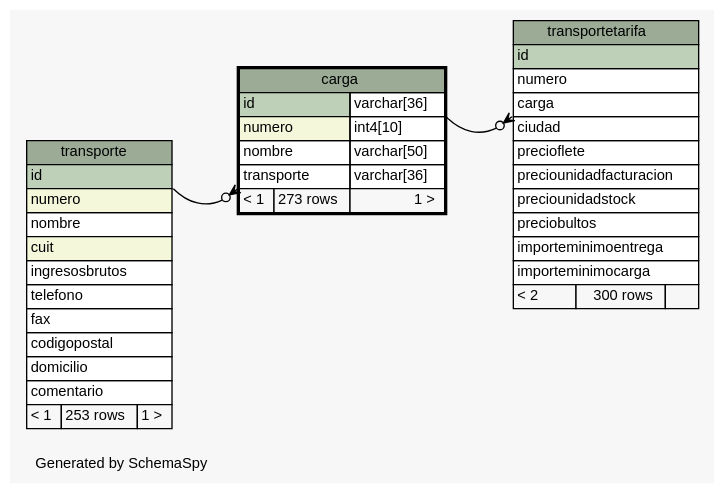
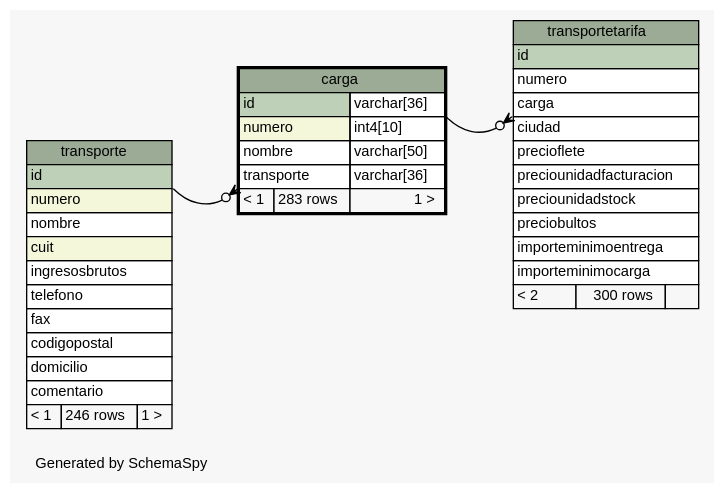
One commit to diegopablomansilla/massoftware_front changed the diagram in postgresql/schemaSpy/salida/diagrams/carga.1degree.dot. Above: the diagram before and after it, drawn with Graphviz. The commit also changed 546 other files, not shown here.

```diff
--- a/postgresql/schemaSpy/salida/diagrams/carga.1degree.dot
+++ b/postgresql/schemaSpy/salida/diagrams/carga.1degree.dot
@@ -1,75 +1,75 @@
 // dot 2.2.1 on Windows 10 10.0
 // SchemaSpy rev 590
 digraph "oneDegreeRelationshipsDiagram" {
   graph [
     rankdir="RL"
     bgcolor="#f7f7f7"
     label="\nGenerated by SchemaSpy"
     labeljust="l"
     nodesep="0.18"
     ranksep="0.46"
     fontname="Helvetica"
     fontsize="11"
   ];
   node [
     fontname="Helvetica"
     fontsize="11"
     shape="plaintext"
   ];
   edge [
     arrowsize="0.8"
   ];
   "carga":"transporte":sw -> "transporte":"id":se [arrowhead=none dir=back arrowtail=crowodot];
   "transportetarifa":"carga":sw -> "carga":"id.type":se [arrowhead=none dir=back arrowtail=crowodot];
   "carga" [
     label=<
     <TABLE BORDER="2" CELLBORDER="1" CELLSPACING="0" BGCOLOR="#ffffff">
       <TR><TD COLSPAN="3" BGCOLOR="#9bab96" ALIGN="CENTER">carga</TD></TR>
       <TR><TD PORT="id" COLSPAN="2" BGCOLOR="#bed1b8" ALIGN="LEFT">id</TD><TD PORT="id.type" ALIGN="LEFT">varchar[36]</TD></TR>
       <TR><TD PORT="numero" COLSPAN="2" BGCOLOR="#f4f7da" ALIGN="LEFT">numero</TD><TD PORT="numero.type" ALIGN="LEFT">int4[10]</TD></TR>
       <TR><TD PORT="nombre" COLSPAN="2" ALIGN="LEFT">nombre</TD><TD PORT="nombre.type" ALIGN="LEFT">varchar[50]</TD></TR>
       <TR><TD PORT="transporte" COLSPAN="2" ALIGN="LEFT">transporte</TD><TD PORT="transporte.type" ALIGN="LEFT">varchar[36]</TD></TR>
-      <TR><TD ALIGN="LEFT" BGCOLOR="#f7f7f7">&lt; 1</TD><TD ALIGN="RIGHT" BGCOLOR="#f7f7f7">273 rows</TD><TD ALIGN="RIGHT" BGCOLOR="#f7f7f7">1 &gt;</TD></TR>
+      <TR><TD ALIGN="LEFT" BGCOLOR="#f7f7f7">&lt; 1</TD><TD ALIGN="RIGHT" BGCOLOR="#f7f7f7">283 rows</TD><TD ALIGN="RIGHT" BGCOLOR="#f7f7f7">1 &gt;</TD></TR>
     </TABLE>>
     URL="carga.html"
     tooltip="carga"
   ];
   "transporte" [
     label=<
     <TABLE BORDER="0" CELLBORDER="1" CELLSPACING="0" BGCOLOR="#ffffff">
       <TR><TD COLSPAN="3" BGCOLOR="#9bab96" ALIGN="CENTER">transporte</TD></TR>
       <TR><TD PORT="id" COLSPAN="3" BGCOLOR="#bed1b8" ALIGN="LEFT">id</TD></TR>
       <TR><TD PORT="numero" COLSPAN="3" BGCOLOR="#f4f7da" ALIGN="LEFT">numero</TD></TR>
       <TR><TD PORT="nombre" COLSPAN="3" ALIGN="LEFT">nombre</TD></TR>
       <TR><TD PORT="cuit" COLSPAN="3" BGCOLOR="#f4f7da" ALIGN="LEFT">cuit</TD></TR>
       <TR><TD PORT="ingresosbrutos" COLSPAN="3" ALIGN="LEFT">ingresosbrutos</TD></TR>
       <TR><TD PORT="telefono" COLSPAN="3" ALIGN="LEFT">telefono</TD></TR>
       <TR><TD PORT="fax" COLSPAN="3" ALIGN="LEFT">fax</TD></TR>
       <TR><TD PORT="codigopostal" COLSPAN="3" ALIGN="LEFT">codigopostal</TD></TR>
       <TR><TD PORT="domicilio" COLSPAN="3" ALIGN="LEFT">domicilio</TD></TR>
       <TR><TD PORT="comentario" COLSPAN="3" ALIGN="LEFT">comentario</TD></TR>
-      <TR><TD ALIGN="LEFT" BGCOLOR="#f7f7f7">&lt; 1</TD><TD ALIGN="RIGHT" BGCOLOR="#f7f7f7">253 rows</TD><TD ALIGN="RIGHT" BGCOLOR="#f7f7f7">1 &gt;</TD></TR>
+      <TR><TD ALIGN="LEFT" BGCOLOR="#f7f7f7">&lt; 1</TD><TD ALIGN="RIGHT" BGCOLOR="#f7f7f7">246 rows</TD><TD ALIGN="RIGHT" BGCOLOR="#f7f7f7">1 &gt;</TD></TR>
     </TABLE>>
     URL="transporte.html"
     tooltip="transporte"
   ];
   "transportetarifa" [
     label=<
     <TABLE BORDER="0" CELLBORDER="1" CELLSPACING="0" BGCOLOR="#ffffff">
       <TR><TD COLSPAN="3" BGCOLOR="#9bab96" ALIGN="CENTER">transportetarifa</TD></TR>
       <TR><TD PORT="id" COLSPAN="3" BGCOLOR="#bed1b8" ALIGN="LEFT">id</TD></TR>
       <TR><TD PORT="numero" COLSPAN="3" ALIGN="LEFT">numero</TD></TR>
       <TR><TD PORT="carga" COLSPAN="3" ALIGN="LEFT">carga</TD></TR>
       <TR><TD PORT="ciudad" COLSPAN="3" ALIGN="LEFT">ciudad</TD></TR>
       <TR><TD PORT="precioflete" COLSPAN="3" ALIGN="LEFT">precioflete</TD></TR>
       <TR><TD PORT="preciounidadfacturacion" COLSPAN="3" ALIGN="LEFT">preciounidadfacturacion</TD></TR>
       <TR><TD PORT="preciounidadstock" COLSPAN="3" ALIGN="LEFT">preciounidadstock</TD></TR>
       <TR><TD PORT="preciobultos" COLSPAN="3" ALIGN="LEFT">preciobultos</TD></TR>
       <TR><TD PORT="importeminimoentrega" COLSPAN="3" ALIGN="LEFT">importeminimoentrega</TD></TR>
       <TR><TD PORT="importeminimocarga" COLSPAN="3" ALIGN="LEFT">importeminimocarga</TD></TR>
       <TR><TD ALIGN="LEFT" BGCOLOR="#f7f7f7">&lt; 2</TD><TD ALIGN="RIGHT" BGCOLOR="#f7f7f7">300 rows</TD><TD ALIGN="RIGHT" BGCOLOR="#f7f7f7">  </TD></TR>
     </TABLE>>
     URL="transportetarifa.html"
     tooltip="transportetarifa"
   ];
 }
```
